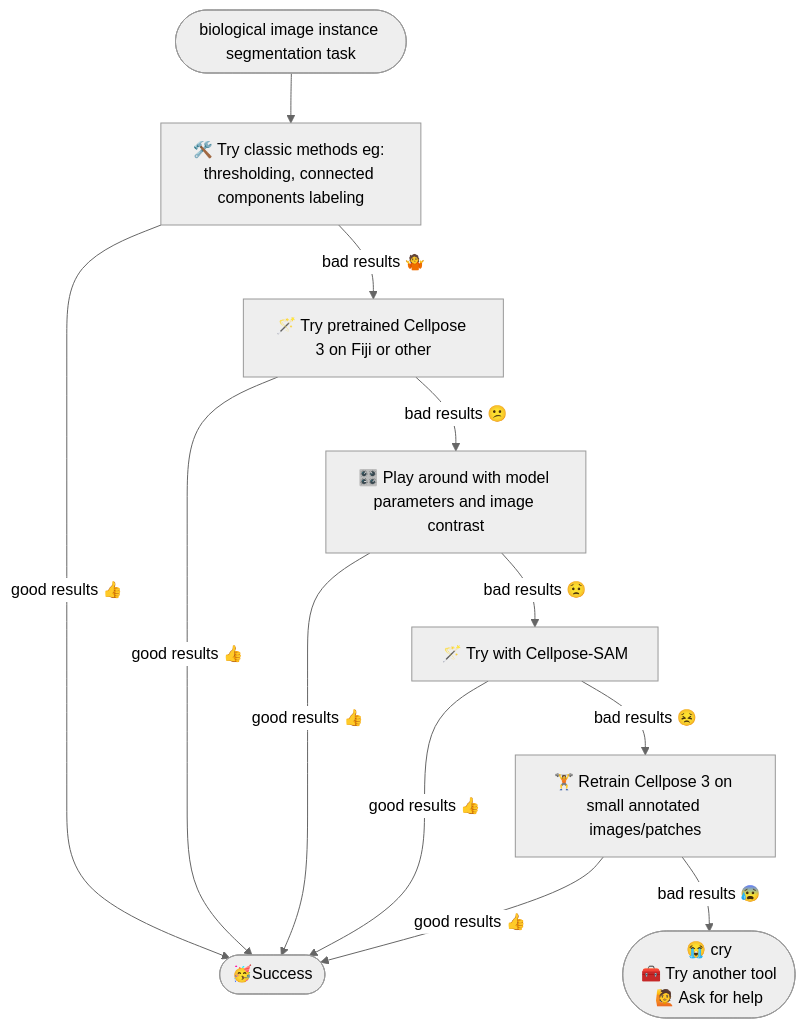
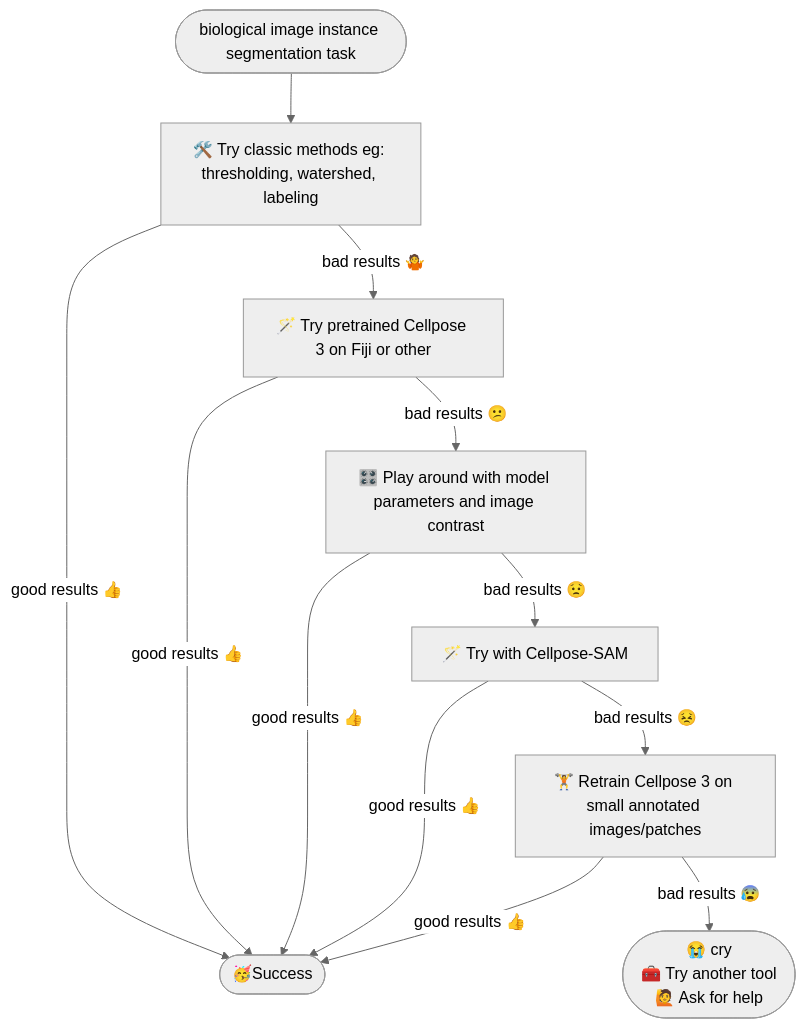
One commit to Image-Analysis-Hub/Pasteur-BioImage-Analysis-Course-2026 changed the diagram in ECI/Day2_Cellpose/Day2_Cellpose.md. Above: the diagram before and after it, drawn with Mermaid (neutral theme). The commit also changed 1 other file, not shown here.

Commit message:
updated D2 slides

````diff
--- a/ECI/Day2_Cellpose/Day2_Cellpose.md
+++ b/ECI/Day2_Cellpose/Day2_Cellpose.md
@@ -147,16 +147,16 @@
 ```mermaid
 flowchart TD
-    I([biological image instance segmentation task]) --> O[🛠️ Try classic methods eg: thresholding, connected components labeling]
+    I([biological image instance segmentation task]) --> O[🛠️ Try classic methods eg: thresholding, watershed, labeling]
     O -->|good results 👍| S([🥳Success])
     O -->|bad results 🤷| A[🪄 Try pretrained Cellpose 3 on Fiji or other]
     A -->|good results 👍| S
     A -->|bad results 😕| B[🎛️ Play around with model parameters and image contrast]
     B -->|good results 👍| S
     B -->|bad results 😟| C[🪄 Try with Cellpose-SAM]
     C -->|good results 👍| S
     C -->|bad results 😣| D[🏋️ Retrain Cellpose 3 on small annotated images/patches]
     D -->|good results 👍| S
     D -->|bad results 😰| F([😭 cry
     🧰 Try another tool 
      🙋 Ask for help])
 ```
````
